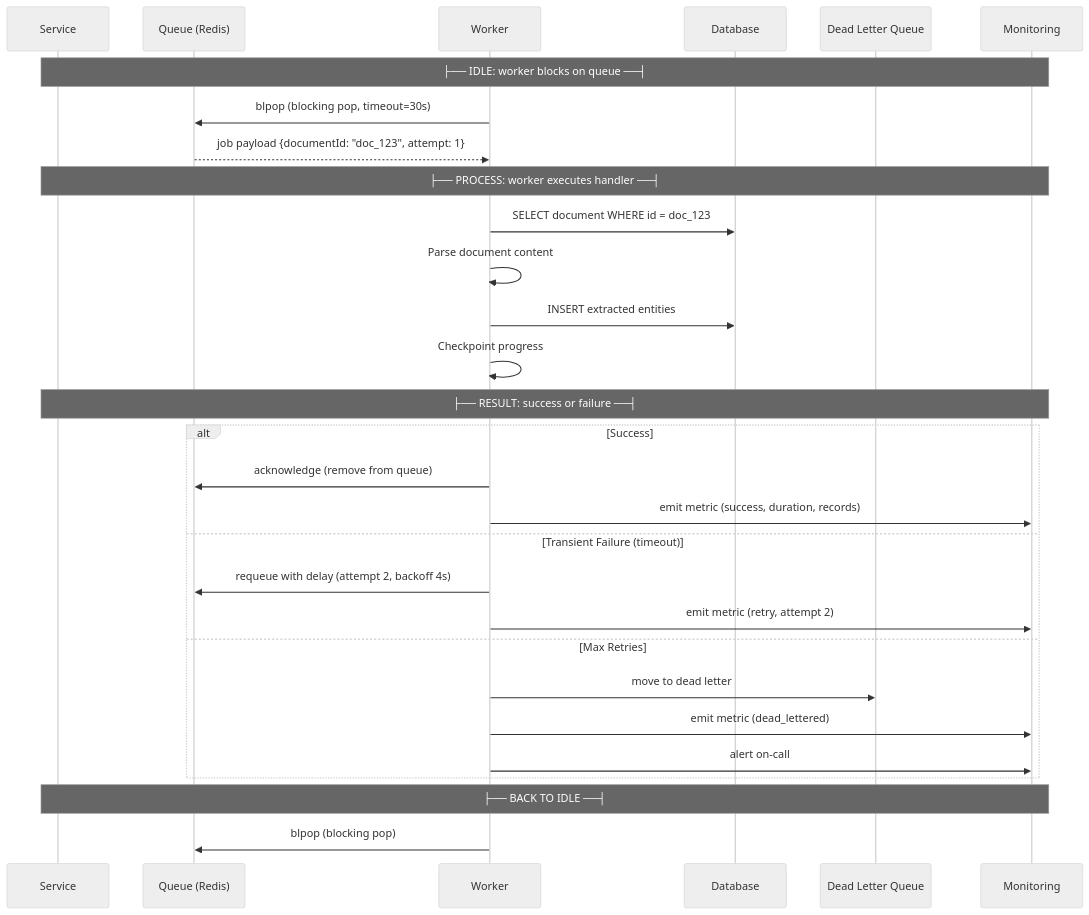
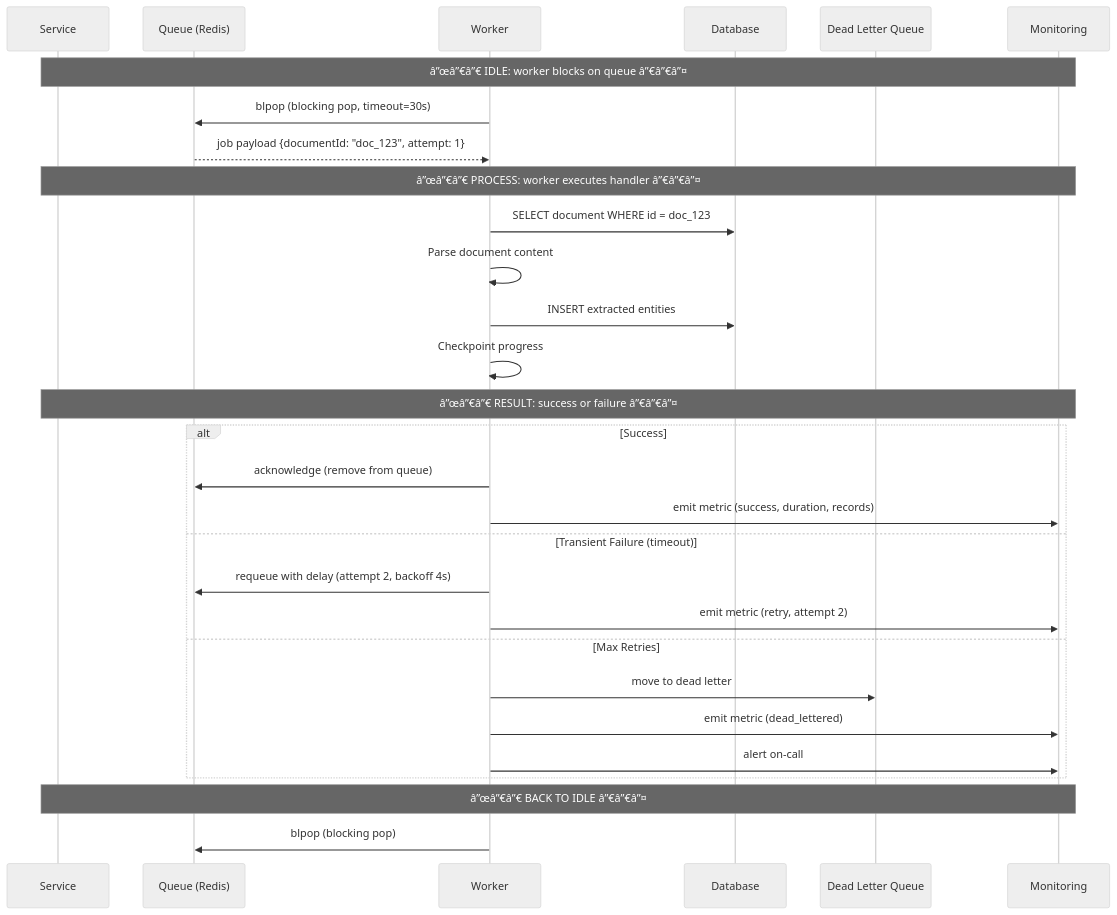
Before and after one commit to Driftloom/Vaeloom: the second of 2 diagrams in Docs/Backend/Workers.md, drawn with Mermaid (neutral theme). The commit also changed other lines of this file and 249 other files, not shown here.

````diff
--- a/Docs/Backend/Workers.md
+++ b/Docs/Backend/Workers.md
@@ -223,35 +223,35 @@
 ```mermaid
 sequenceDiagram
     participant S as Service
     participant Q as Queue (Redis)
     participant W as Worker
     participant DB as Database
     participant DLQ as Dead Letter Queue
     participant M as Monitoring
 
-    Note over S,M: ├── IDLE: worker blocks on queue ──┤
+    Note over S,M: â”œâ”€â”€ IDLE: worker blocks on queue â”€â”€â”¤
     W->>Q: blpop (blocking pop, timeout=30s)
     Q-->>W: job payload {documentId: "doc_123", attempt: 1}
 
-    Note over S,M: ├── PROCESS: worker executes handler ──┤
+    Note over S,M: â”œâ”€â”€ PROCESS: worker executes handler â”€â”€â”¤
     W->>DB: SELECT document WHERE id = doc_123
     W->>W: Parse document content
     W->>DB: INSERT extracted entities
     W->>W: Checkpoint progress
 
-    Note over S,M: ├── RESULT: success or failure ──┤
+    Note over S,M: â”œâ”€â”€ RESULT: success or failure â”€â”€â”¤
     alt Success
         W->>Q: acknowledge (remove from queue)
         W->>M: emit metric (success, duration, records)
     else Transient Failure (timeout)
         W->>Q: requeue with delay (attempt 2, backoff 4s)
         W->>M: emit metric (retry, attempt 2)
     else Max Retries
         W->>DLQ: move to dead letter
         W->>M: emit metric (dead_lettered)
         W->>M: alert on-call
     end
 
-    Note over S,M: ├── BACK TO IDLE ──┤
+    Note over S,M: â”œâ”€â”€ BACK TO IDLE â”€â”€â”¤
     W->>Q: blpop (blocking pop)
 ```
````
